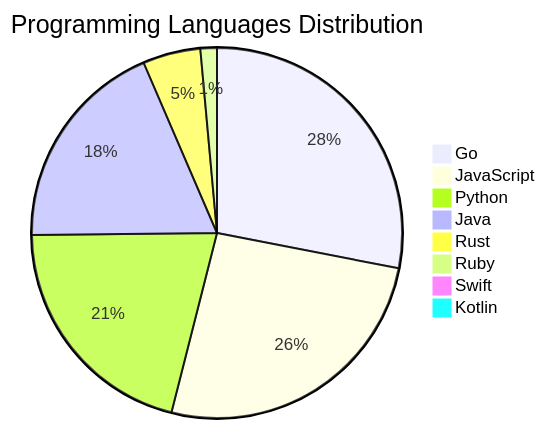
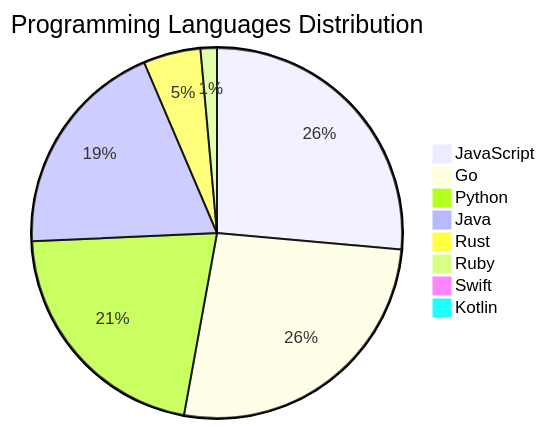
One commit to Derrick-MUGISHA/github-activity-bot changed the diagram in README.md. Above: the diagram before and after it, drawn with Mermaid. The commit also changed other lines of this file and 4 other files, not shown here.

````diff
--- a/README.md
+++ b/README.md
@@ -208,11 +208,11 @@
 ```mermaid
 pie title Programming Languages Distribution
-    "Go" : 39
-    "JavaScript" : 36
-    "Python" : 29
-    "Java" : 26
+    "JavaScript" : 37
+    "Go" : 37
+    "Python" : 30
+    "Java" : 27
     "Rust" : 7
     "Ruby" : 2
     "Swift" : 1
     "Kotlin" : 1
 ```
````
